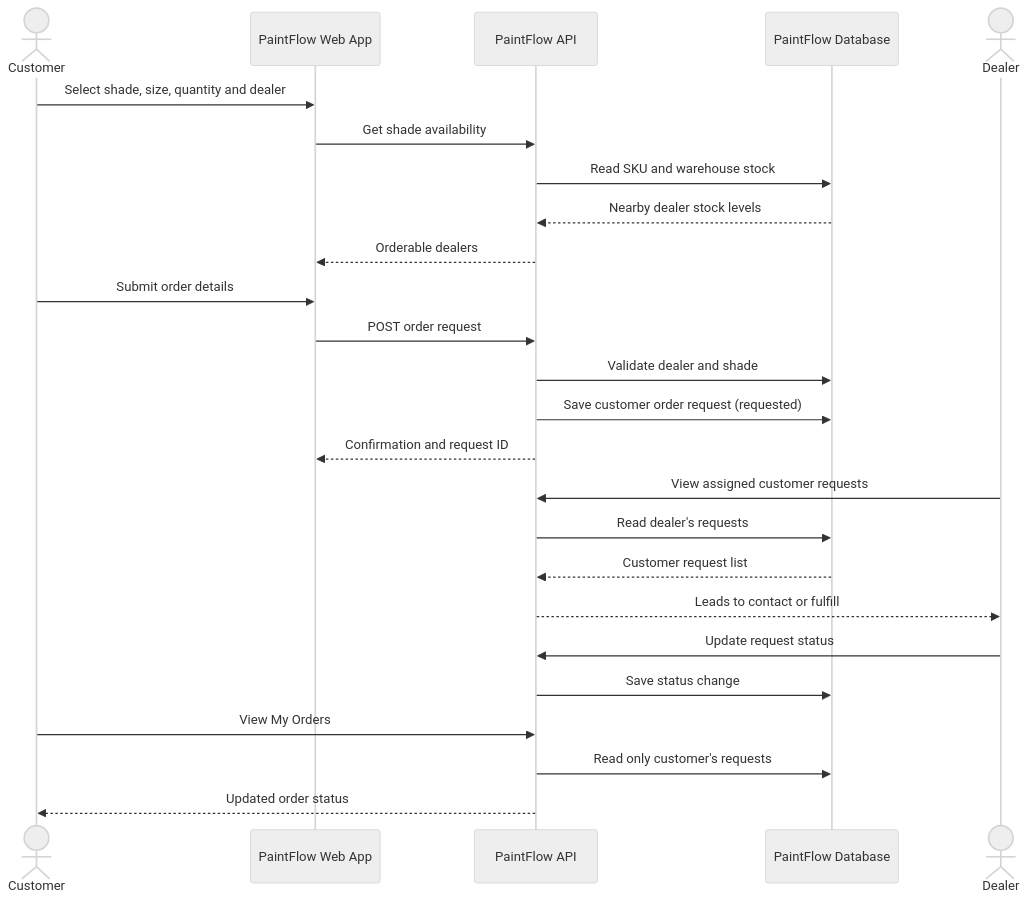
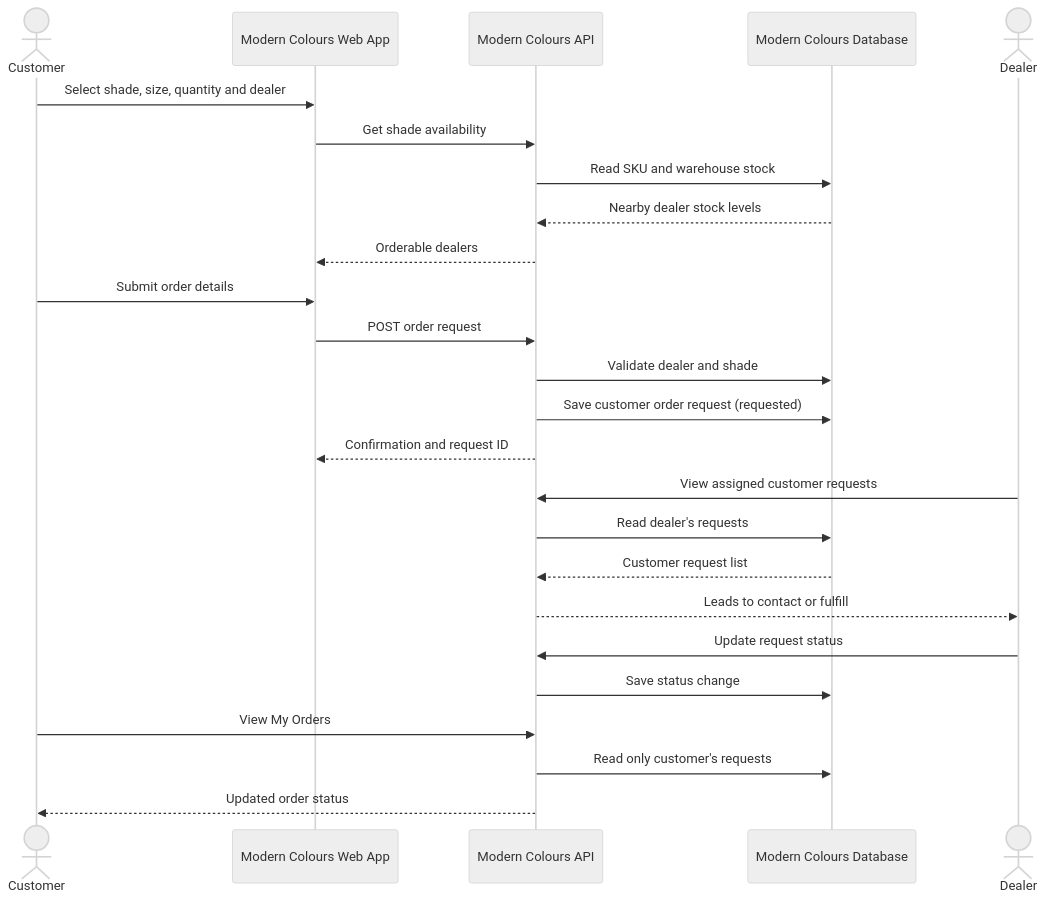
The third of 16 diagrams in docs/Lab-Eval-I-Diagrams.md (Suyash3003/SE_project), drawn with Mermaid (neutral theme) before and after one commit. The commit also changed other lines of this file, not shown here.

Commit message:
Align application branding with Modern Colours

```diff
--- a/docs/Lab-Eval-I-Diagrams.md
+++ b/docs/Lab-Eval-I-Diagrams.md
@@ -84,28 +84,28 @@
 ~~~mermaid
 sequenceDiagram
     actor Customer
-    participant App as PaintFlow Web App
-    participant API as PaintFlow API
-    participant DB as PaintFlow Database
+    participant App as Modern Colours Web App
+    participant API as Modern Colours API
+    participant DB as Modern Colours Database
     actor Dealer
 
     Customer->>App: Select shade, size, quantity and dealer
     App->>API: Get shade availability
     API->>DB: Read SKU and warehouse stock
     DB-->>API: Nearby dealer stock levels
     API-->>App: Orderable dealers
     Customer->>App: Submit order details
     App->>API: POST order request
     API->>DB: Validate dealer and shade
     API->>DB: Save customer order request (requested)
     API-->>App: Confirmation and request ID
     Dealer->>API: View assigned customer requests
     API->>DB: Read dealer's requests
     DB-->>API: Customer request list
     API-->>Dealer: Leads to contact or fulfill
     Dealer->>API: Update request status
     API->>DB: Save status change
     Customer->>API: View My Orders
     API->>DB: Read only customer's requests
     API-->>Customer: Updated order status
 ~~~
```
